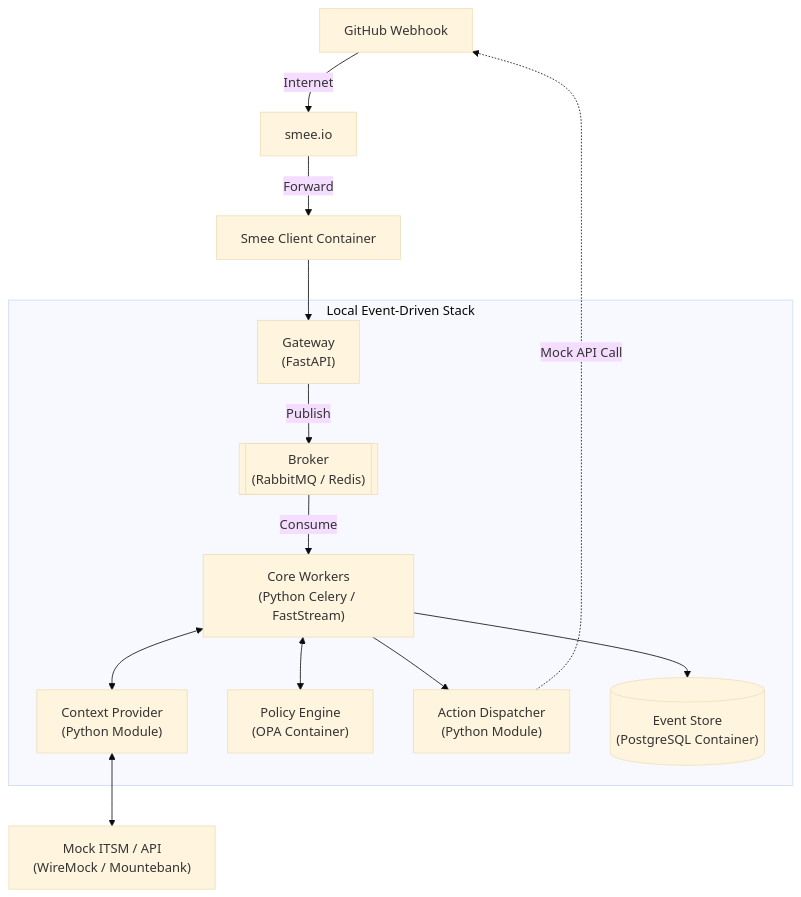
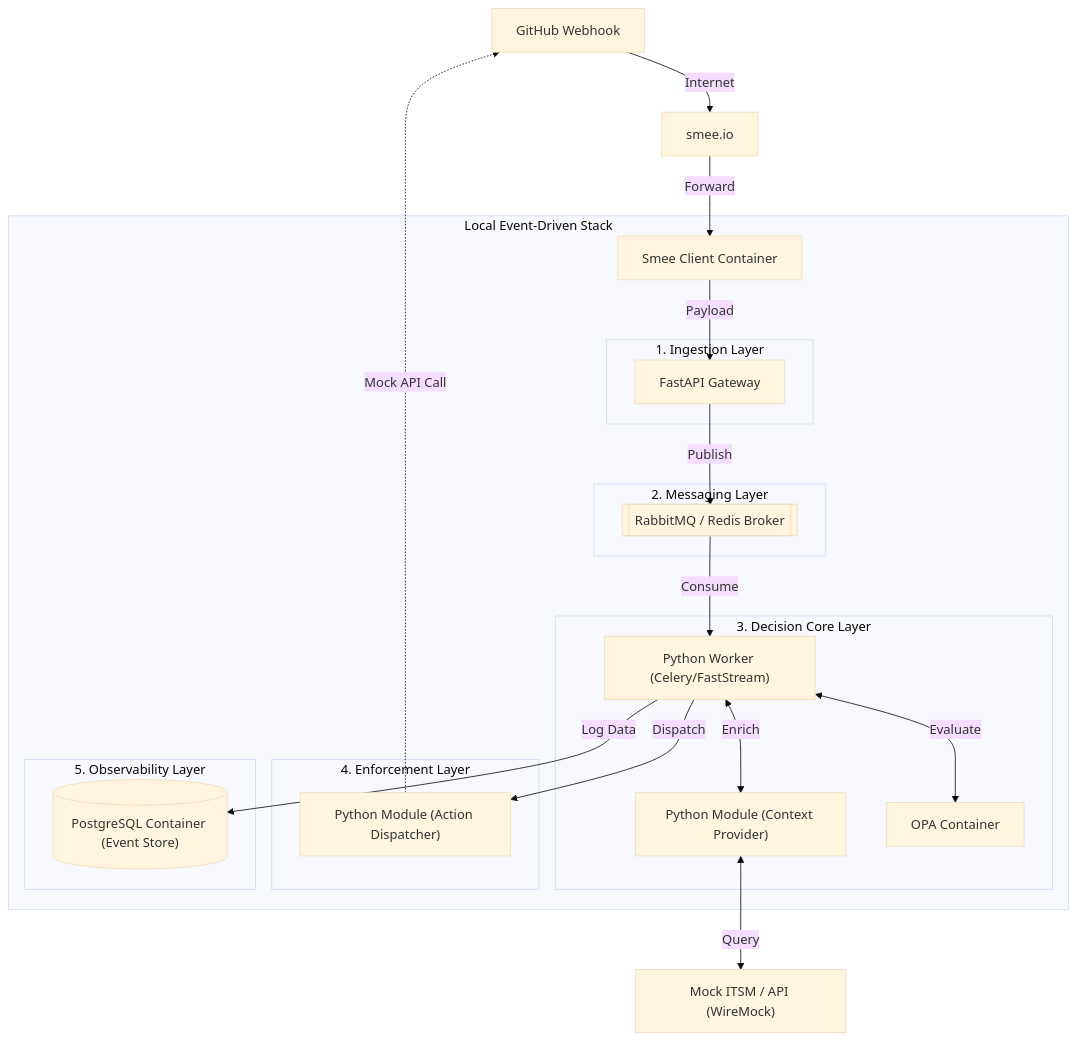
One commit to erasmo-dominguez-stuff/repol changed the fourth of 4 diagrams in docs/adr-initial-architecture.md. Above: the diagram before and after it, drawn with Mermaid (base theme). The commit also changed other lines of this file, not shown here.

````diff
--- a/docs/adr-initial-architecture.md
+++ b/docs/adr-initial-architecture.md
@@ -209,32 +202,49 @@
 ```mermaid
 flowchart TD
-    GH["GitHub Webhook"] -- "Internet" --> Smee["smee.io"]
-    Smee -- "Forward" --> SmeeClient["Smee Client Container"]
+    GH["GitHub Webhook"]
+    Smee["smee.io"]
+    MockAPI["Mock ITSM / API (WireMock)"]
+    
+    GH -->|"Internet"| Smee
 
-    subgraph Local_Docker_Compose [Local Event-Driven Stack]
-        Gateway["Gateway<br/>(FastAPI)"]
-        EventBus[["Broker<br/>(RabbitMQ / Redis)"]]
+    subgraph Local_Docker_Compose ["Local Event-Driven Stack"]
+        SmeeClient["Smee Client Container"]
         
-        WorkerCore["Core Workers<br/>(Python Celery / FastStream)"]
-        Context["Context Provider<br/>(Python Module)"]
-        Engine["Policy Engine<br/>(OPA Container)"]
-        Dispatcher["Action Dispatcher<br/>(Python Module)"]
-        
-        DB[("Event Store<br/>(PostgreSQL Container)")]
+        subgraph Layer1 ["1. Ingestion Layer"]
+            Gateway["FastAPI Gateway"]
+        end
+
+        subgraph Layer2 ["2. Messaging Layer"]
+            EventBus[["RabbitMQ / Redis Broker"]]
+        end
+
+        subgraph Layer3 ["3. Decision Core Layer"]
+            Orchestrator["Python Worker (Celery/FastStream)"]
+            Context["Python Module (Context Provider)"]
+            Engine["OPA Container"]
+        end
+
+        subgraph Layer4 ["4. Enforcement Layer"]
+            Dispatcher["Python Module (Action Dispatcher)"]
+        end
+
+        subgraph Layer5 ["5. Observability Layer"]
+            DB[("PostgreSQL Container (Event Store)")]
+        end
     end
     
-    MockAPI["Mock ITSM / API<br/>(WireMock / Mountebank)"]
-
-    SmeeClient --> Gateway
-    Gateway -- "Publish" --> EventBus
-    EventBus -- "Consume" --> WorkerCore
+    %% Flows
+    Smee -->|"Forward"| SmeeClient
+    SmeeClient -->|"Payload"| Gateway
+    Gateway -->|"Publish"| EventBus
+    EventBus -->|"Consume"| Orchestrator
     
-    WorkerCore <--> Context
-    Context <--> MockAPI
+    Orchestrator <-->|"Enrich"| Context
+    Context <-->|"Query"| MockAPI
+    Orchestrator <-->|"Evaluate"| Engine
     
-    WorkerCore <--> Engine
-    WorkerCore --> Dispatcher
-    Dispatcher -. "Mock API Call" .-> GH
+    Orchestrator -->|"Dispatch"| Dispatcher
+    Dispatcher -.->|"Mock API Call"| GH
     
-    WorkerCore --> DB
+    Orchestrator -->|"Log Data"| DB
 ```
````
